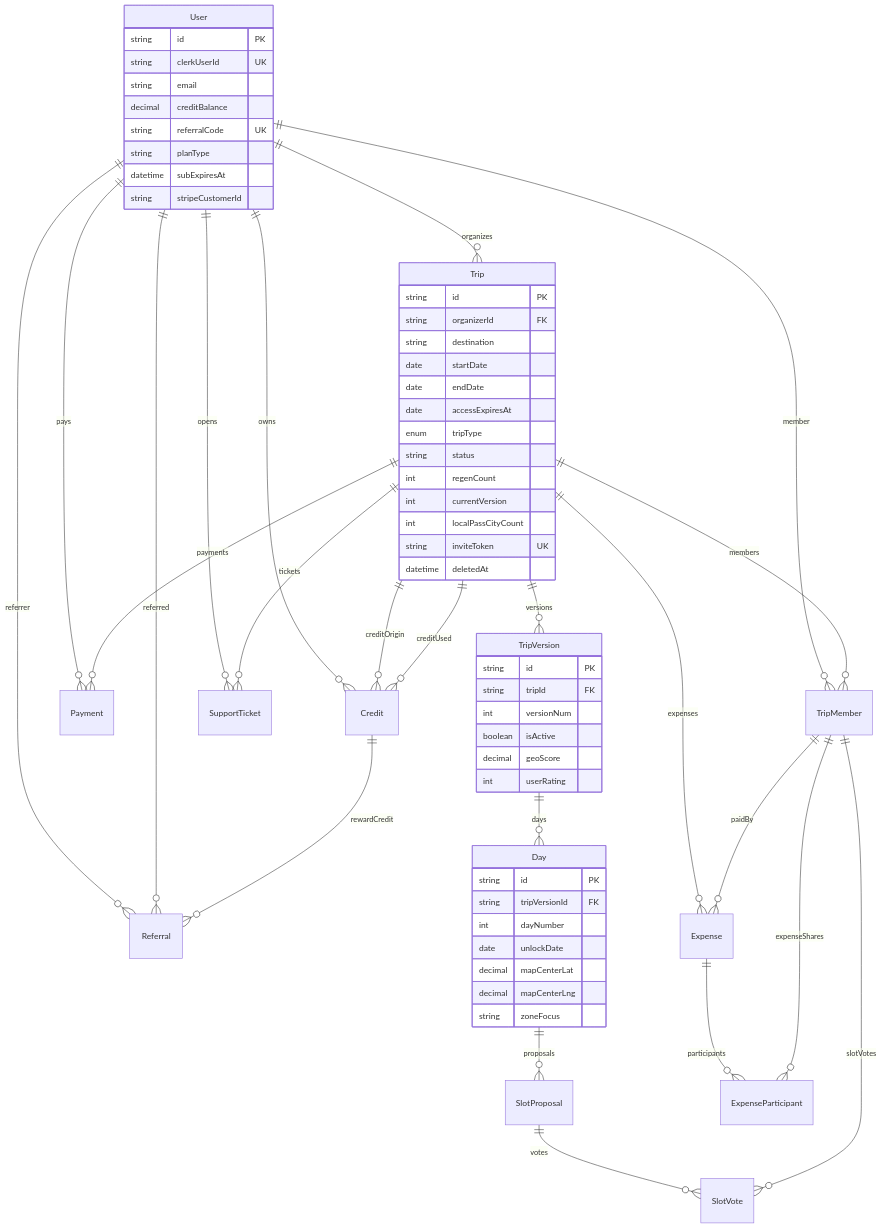
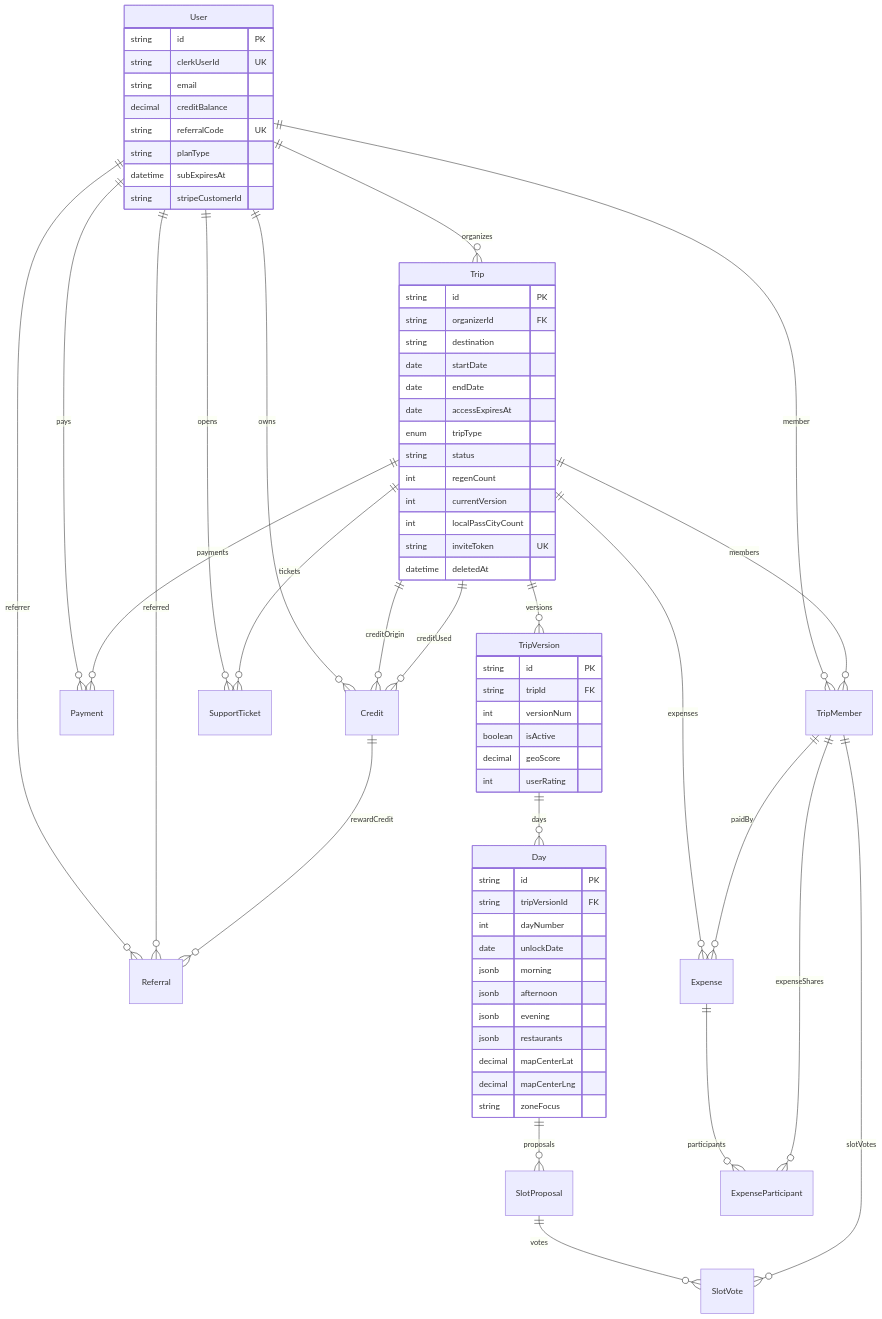
The diagram in easytrip-saas/architecture-docs/03_DATABASE.md (tonypis1/EasyTripSaaS), drawn with Mermaid before and after one commit. The commit also changed other lines of this file and 28 other files, not shown here.

````diff
--- a/easytrip-saas/architecture-docs/03_DATABASE.md
+++ b/easytrip-saas/architecture-docs/03_DATABASE.md
@@ -16,75 +16,79 @@
 ```mermaid
 erDiagram
   User ||--o{ Trip : organizes
   User ||--o{ TripMember : member
   User ||--o{ Payment : pays
   User ||--o{ Credit : owns
   User ||--o{ SupportTicket : opens
   User ||--o{ Referral : referrer
   User ||--o{ Referral : referred
 
   Trip ||--o{ TripVersion : versions
   Trip ||--o{ TripMember : members
   Trip ||--o{ Expense : expenses
   Trip ||--o{ Payment : payments
   Trip ||--o{ Credit : creditOrigin
   Trip ||--o{ Credit : creditUsed
   Trip ||--o{ SupportTicket : tickets
 
   TripVersion ||--o{ Day : days
   Day ||--o{ SlotProposal : proposals
   SlotProposal ||--o{ SlotVote : votes
   TripMember ||--o{ SlotVote : slotVotes
 
   TripMember ||--o{ Expense : paidBy
   Expense ||--o{ ExpenseParticipant : participants
   TripMember ||--o{ ExpenseParticipant : expenseShares
 
   Credit ||--o{ Referral : rewardCredit
 
   User {
     string id PK
     string clerkUserId UK
     string email
     decimal creditBalance
     string referralCode UK
     string planType
     datetime subExpiresAt
     string stripeCustomerId
   }
 
   Trip {
     string id PK
     string organizerId FK
     string destination
     date startDate
     date endDate
     date accessExpiresAt
     enum tripType
     string status
     int regenCount
     int currentVersion
     int localPassCityCount
     string inviteToken UK
     datetime deletedAt
   }
 
   TripVersion {
     string id PK
     string tripId FK
     int versionNum
     boolean isActive
     decimal geoScore
     int userRating
   }
 
   Day {
     string id PK
     string tripVersionId FK
     int dayNumber
     date unlockDate
+    jsonb morning
+    jsonb afternoon
+    jsonb evening
+    jsonb restaurants
     decimal mapCenterLat
     decimal mapCenterLng
     string zoneFocus
   }
 ```
````
